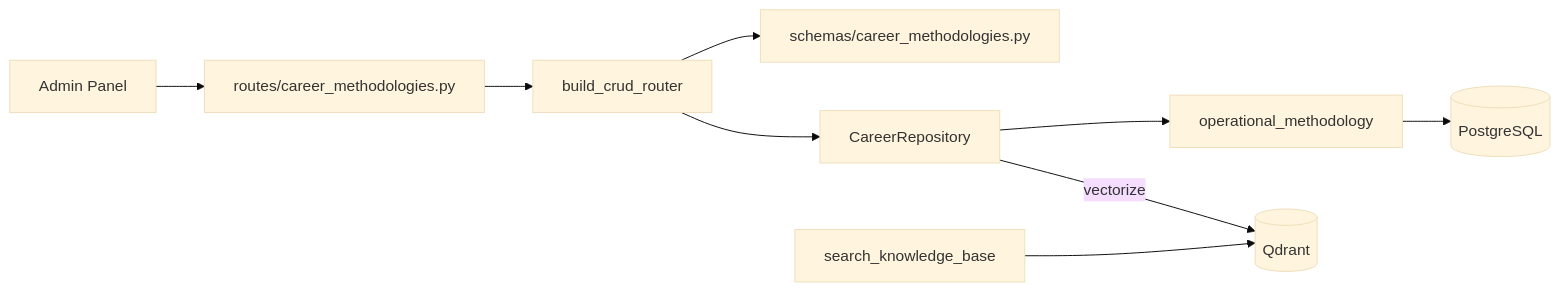
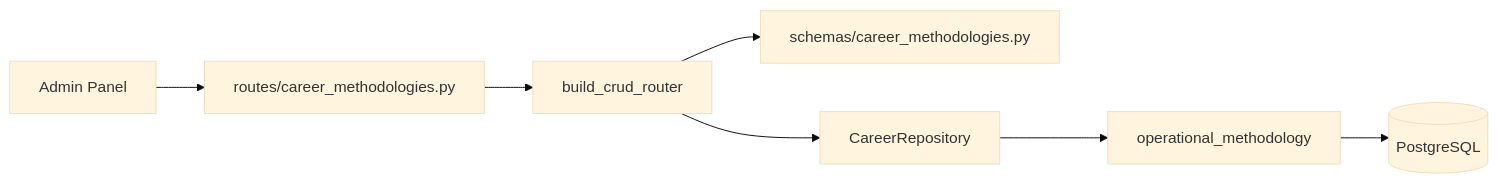
The diagram in cjhirashi-career-api/docs/sections/career-methodologies/README.md (cjhirashi/cjhirashi-career), drawn with Mermaid (base theme) before and after one commit. The commit also changed other lines of this file and 81 other files, not shown here.

Commit message:
refactor: retira Qdrant (contenedor, qdrant-client, indexado en escrituras, base de conocimiento, búsqueda semántica y memoria vectorial); docs al día

````diff
--- a/cjhirashi-career-api/docs/sections/career-methodologies/README.md
+++ b/cjhirashi-career-api/docs/sections/career-methodologies/README.md
@@ -11,11 +11,9 @@
 ```mermaid
 flowchart LR
     Admin[Admin Panel] --> Route[routes/career_methodologies.py]
     Route --> Factory[build_crud_router]
     Factory --> Schema[schemas/career_methodologies.py]
     Factory --> Repo[CareerRepository]
     Repo --> Model[operational_methodology]
     Model --> PG[(PostgreSQL)]
-    Repo -->|vectorize| Qdrant[(Qdrant)]
-    Agent[search_knowledge_base] --> Qdrant
 ```
````
